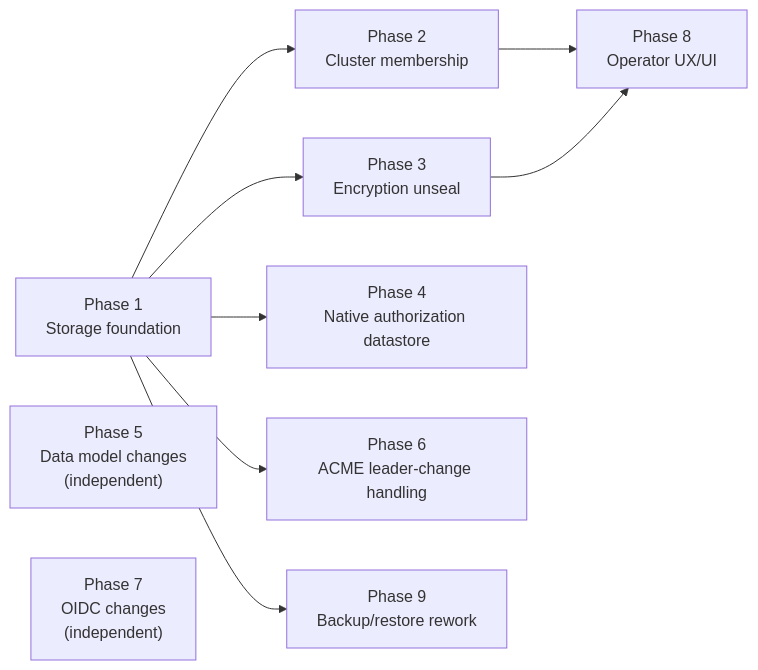
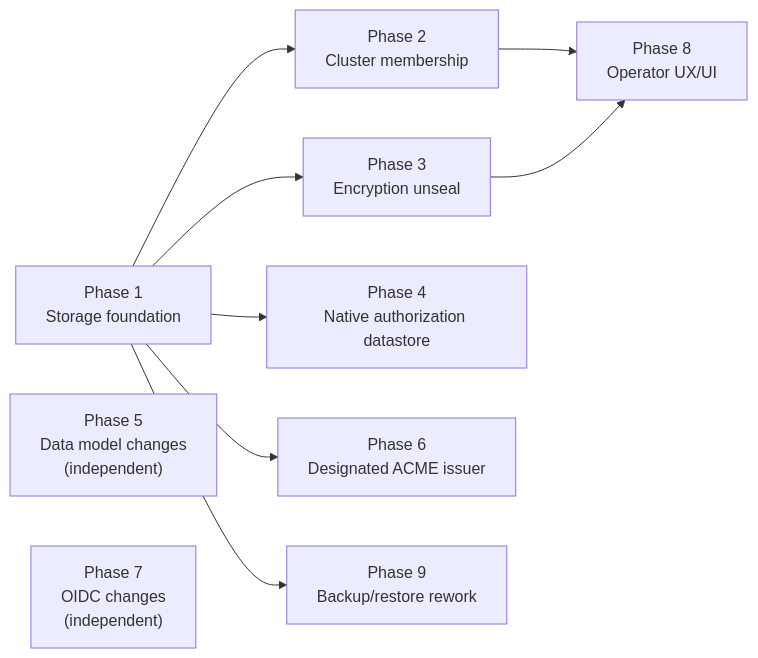
The diagram in specs/001-dqlite-ha-clustering/plan.md (canonical/notary), drawn with Mermaid before and after one commit. The commit also changed other lines of this file and 3 other files, not shown here.

````diff
--- a/specs/001-dqlite-ha-clustering/plan.md
+++ b/specs/001-dqlite-ha-clustering/plan.md
@@ -18,12 +18,12 @@
 ```mermaid
 flowchart LR
     P1["Phase 1<br/>Storage foundation"] --> P2["Phase 2<br/>Cluster membership"]
     P1 --> P3["Phase 3<br/>Encryption unseal"]
     P1 --> P4["Phase 4<br/>Native authorization datastore"]
-    P1 --> P6["Phase 6<br/>ACME leader-change handling"]
+    P1 --> P6["Phase 6<br/>Designated ACME issuer"]
     P1 --> P9["Phase 9<br/>Backup/restore rework"]
     P2 --> P8["Phase 8<br/>Operator UX/UI"]
     P3 --> P8
     P5["Phase 5<br/>Data model changes<br/>(independent)"]
     P7["Phase 7<br/>OIDC changes<br/>(independent)"]
 ```
````
